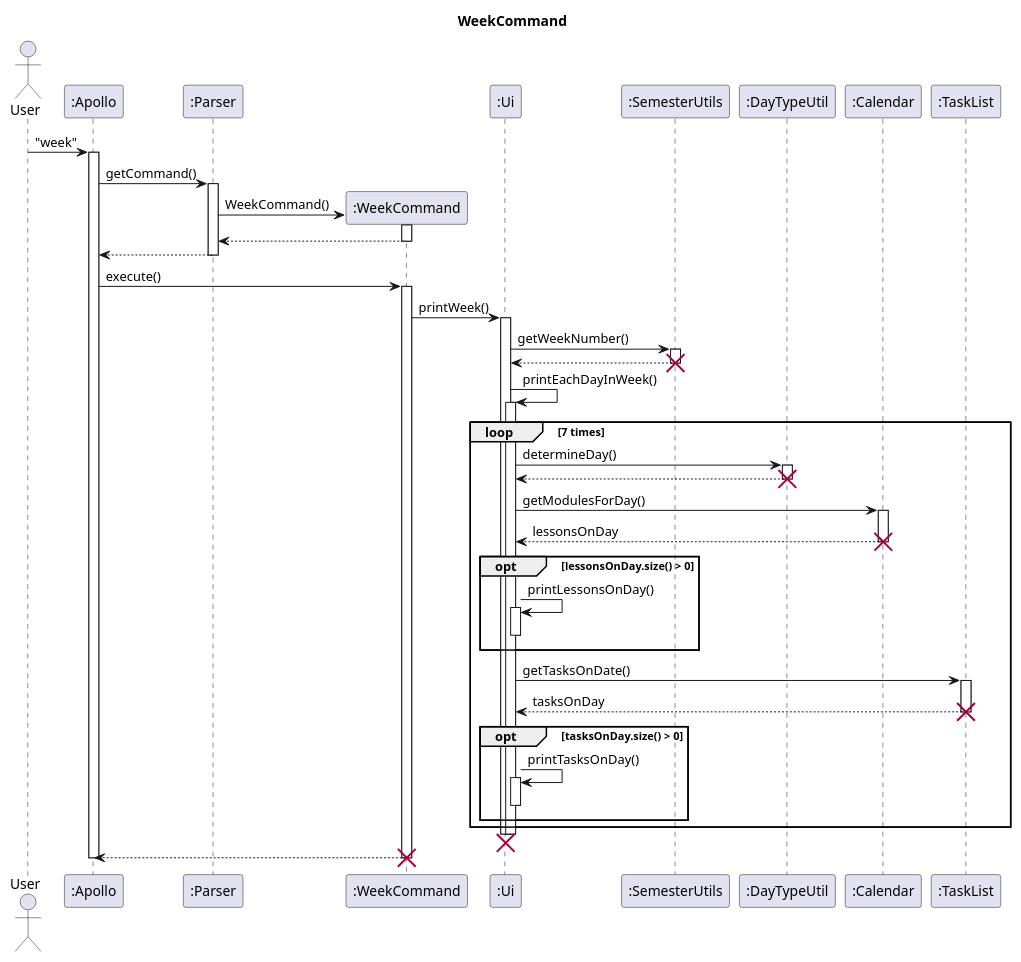
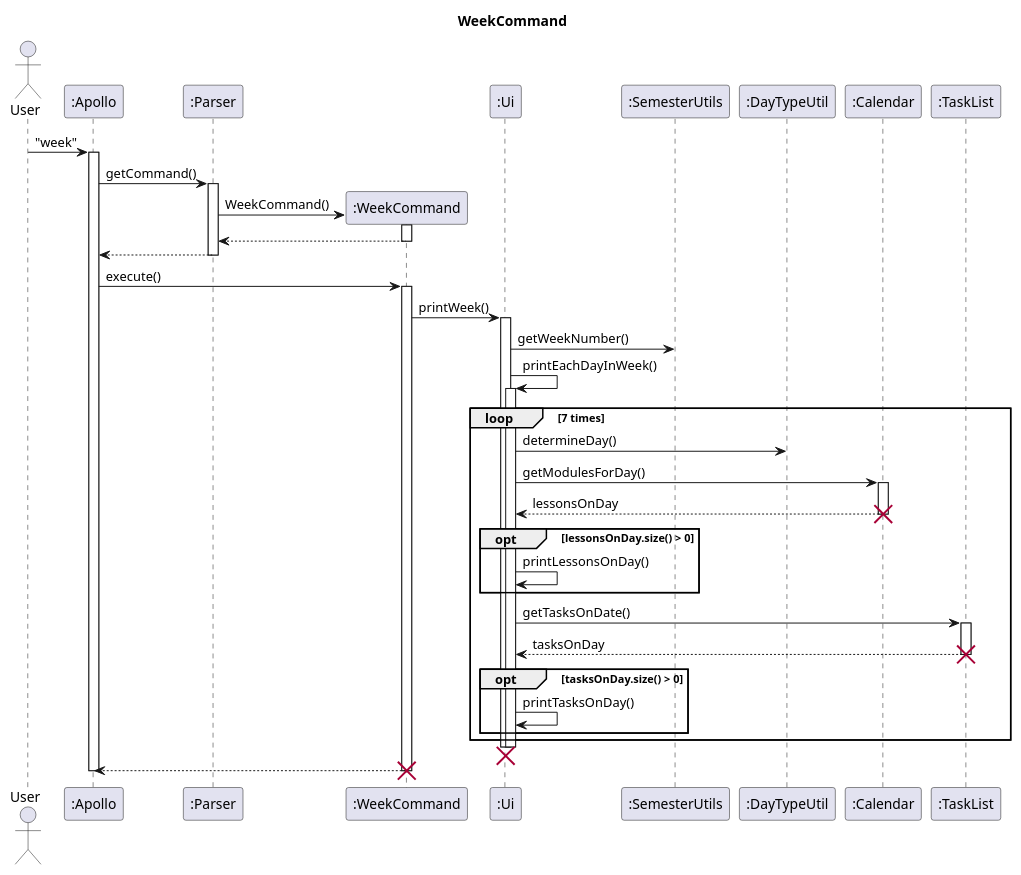
The diagram in docs/uml-source/sequence/Week.puml (nus-cs2113-AY2223S2/tp), drawn with PlantUML before and after one commit. The commit also changed 4 other files, not shown here.

Commit message:
Simplify seq diagrams (Add Task, Week)

```diff
--- a/docs/uml-source/sequence/Week.puml
+++ b/docs/uml-source/sequence/Week.puml
@@ -1,66 +1,62 @@
 @startuml
 'https://plantuml.com/sequence-diagram
+
+skinparam maxMessageSize 100
 
 title WeekCommand
 
 actor User
 participant ":Apollo" as Apollo
 participant ":Parser" as Parser
 participant ":WeekCommand" as week
 participant ":Ui" as Ui
 participant ":SemesterUtils" as SemUtils
 participant ":DayTypeUtil" as DayTypeUtil
 participant ":Calendar" as Calendar
 participant ":TaskList" as TaskList
 
 User -> Apollo : "week"
 activate Apollo
 Apollo -> Parser : getCommand()
 activate Parser
 Parser -> week** : WeekCommand()
 week++
 return
 return
 
 Apollo -> week : execute()
 activate week
 
 
 week -> Ui : printWeek()
 activate Ui
-Ui -> SemUtils++ : getWeekNumber()
-return
-destroy SemUtils
+Ui -> SemUtils : getWeekNumber()
+
 Ui -> Ui++ : printEachDayInWeek()
 
 loop 7 times
     Ui -> DayTypeUtil : determineDay()
-    activate DayTypeUtil
-    return
-    destroy DayTypeUtil
 
     Ui -> Calendar : getModulesForDay()
     activate Calendar
     Calendar --> Ui : lessonsOnDay
     destroy Calendar
     opt lessonsOnDay.size() > 0
-    Ui -> Ui++ : printLessonsOnDay()
-    deactivate Ui
+    Ui -> Ui : printLessonsOnDay()
     end
 
     Ui -> TaskList : getTasksOnDate()
     activate TaskList
     TaskList --> Ui : tasksOnDay
     destroy TaskList
     opt tasksOnDay.size() > 0
-    Ui -> Ui++ : printTasksOnDay()
-    deactivate Ui
+    Ui -> Ui : printTasksOnDay()
     end
 end
 Ui--
 destroy Ui
 week --> Apollo
 destroy week
 Apollo--
 
 @enduml
```
